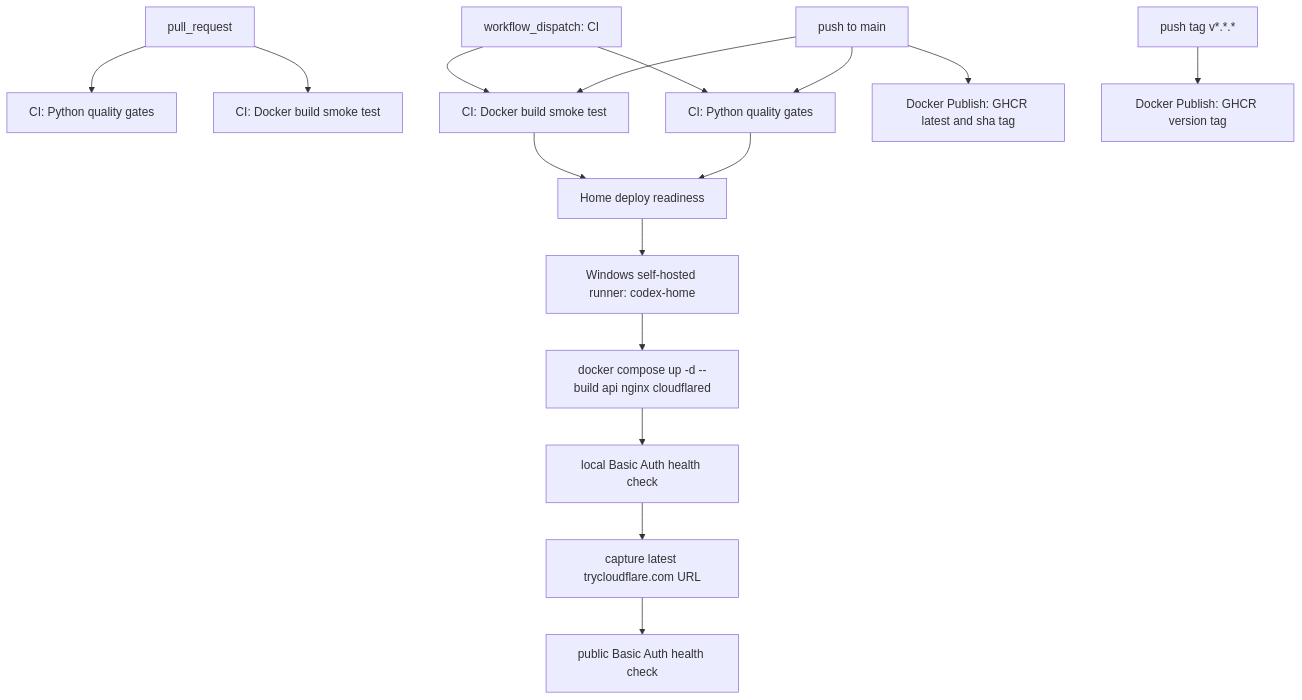
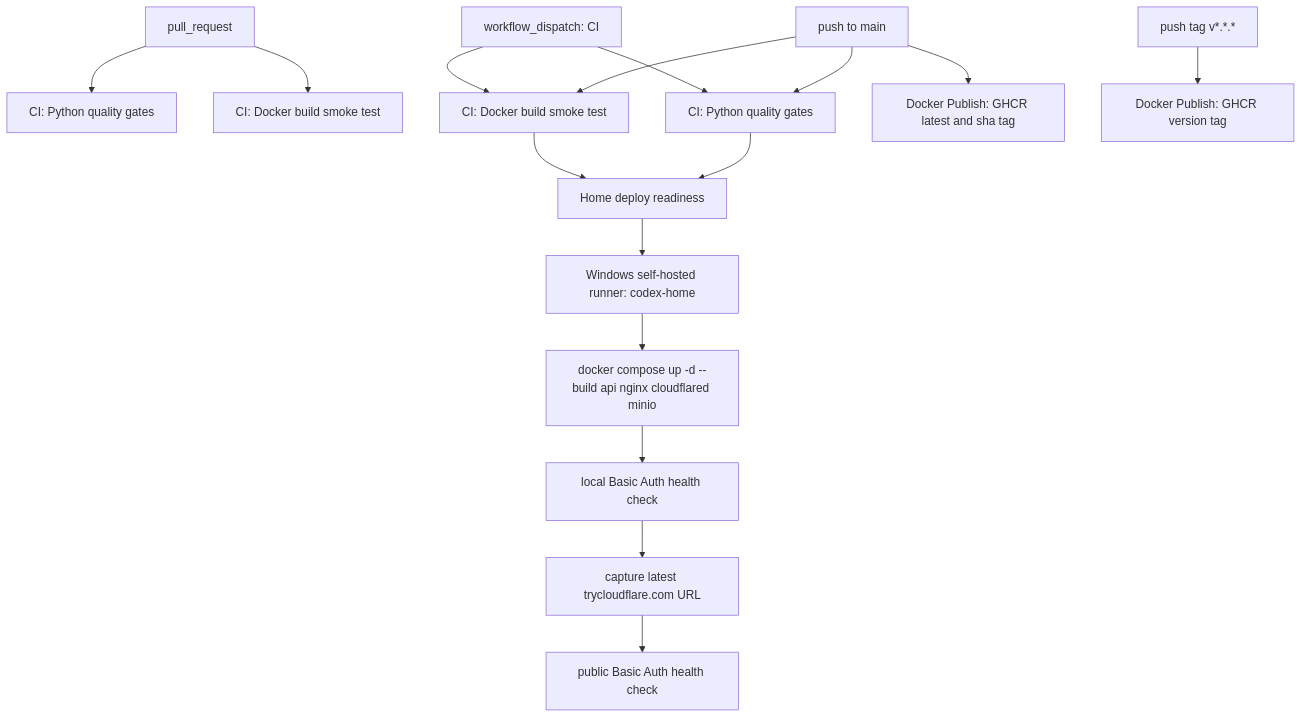
The first of 5 diagrams in docs/CICD.md (Mabaragi/codex-youtube-pipeline), drawn with Mermaid before and after one commit. The commit also changed other lines of this file and 20 other files, not shown here.

````diff
--- a/docs/CICD.md
+++ b/docs/CICD.md
@@ -15,21 +15,21 @@
 ```mermaid
 flowchart TD
     PR["pull_request"] --> QualityPR["CI: Python quality gates"]
     PR --> DockerPR["CI: Docker build smoke test"]
 
     Main["push to main"] --> QualityMain["CI: Python quality gates"]
     Main --> DockerMain["CI: Docker build smoke test"]
     Main --> PublishMain["Docker Publish: GHCR latest and sha tag"]
 
     QualityMain --> Preflight["Home deploy readiness"]
     DockerMain --> Preflight
     Preflight --> HomeRunner["Windows self-hosted runner: codex-home"]
-    HomeRunner --> ComposeDeploy["docker compose up -d --build api nginx cloudflared"]
+    HomeRunner --> ComposeDeploy["docker compose up -d --build api nginx cloudflared minio"]
     ComposeDeploy --> LocalHealth["local Basic Auth health check"]
     LocalHealth --> CaptureUrl["capture latest trycloudflare.com URL"]
     CaptureUrl --> PublicHealth["public Basic Auth health check"]
 
     Tag["push tag v*.*.*"] --> PublishTag["Docker Publish: GHCR version tag"]
     Manual["workflow_dispatch: CI"] --> QualityMain
     Manual --> DockerMain
 ```
````
